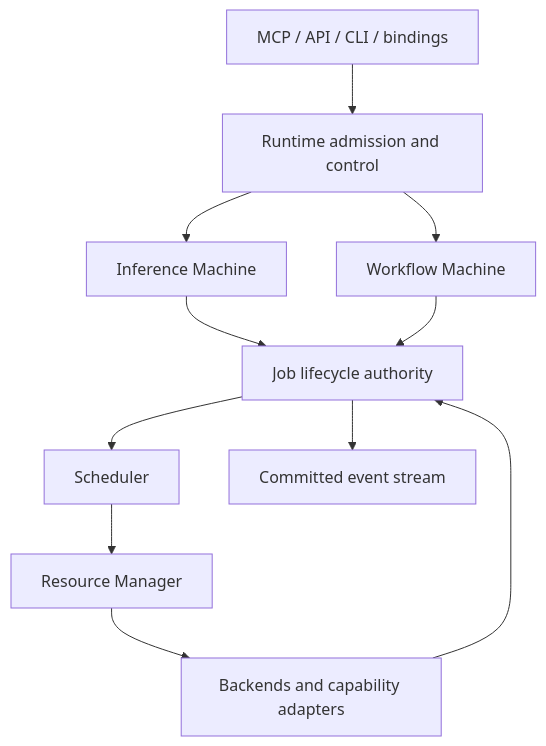
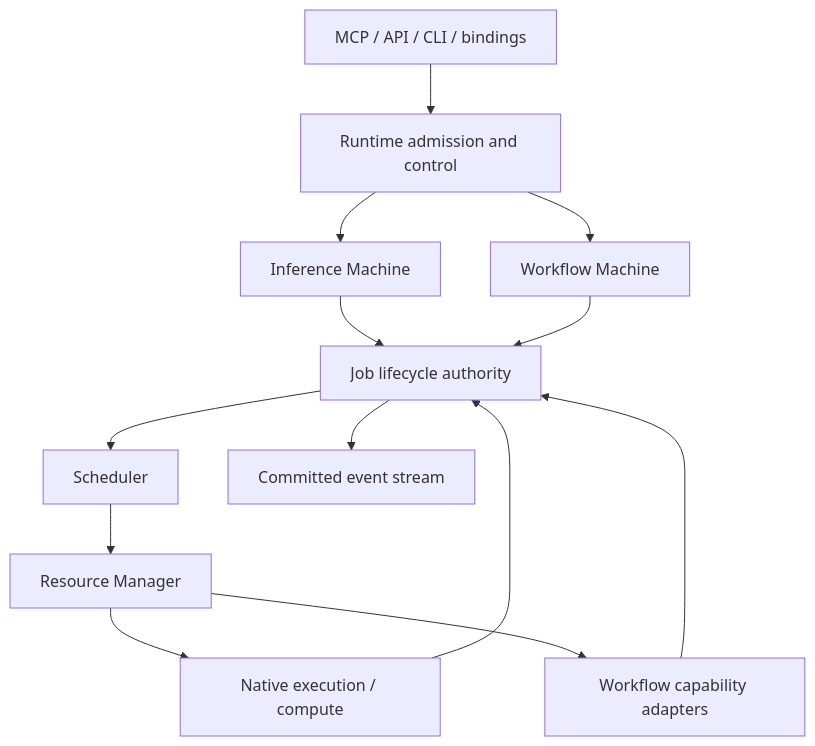
The diagram in docs/ARCHITECTURE.md (flamoris-jp/flamoris-ai-runtime), drawn with Mermaid before and after one commit. The commit also changed other lines of this file and 26 other files, not shown here.

````diff
--- a/docs/ARCHITECTURE.md
+++ b/docs/ARCHITECTURE.md
@@ -31,13 +31,15 @@
 ```mermaid
 flowchart TD
   Caller["MCP / API / CLI / bindings"] --> Kernel["Runtime admission and control"]
   Kernel --> Inference["Inference Machine"]
   Kernel --> Workflow["Workflow Machine"]
   Inference --> Jobs["Job lifecycle authority"]
   Workflow --> Jobs
   Jobs --> Scheduler["Scheduler"]
   Scheduler --> Resources["Resource Manager"]
-  Resources --> Backends["Backends and capability adapters"]
+  Resources --> Native["Native execution / compute"]
+  Resources --> Adapters["Workflow capability adapters"]
   Jobs --> Events["Committed event stream"]
-  Backends --> Jobs
+  Native --> Jobs
+  Adapters --> Jobs
 ```
````
